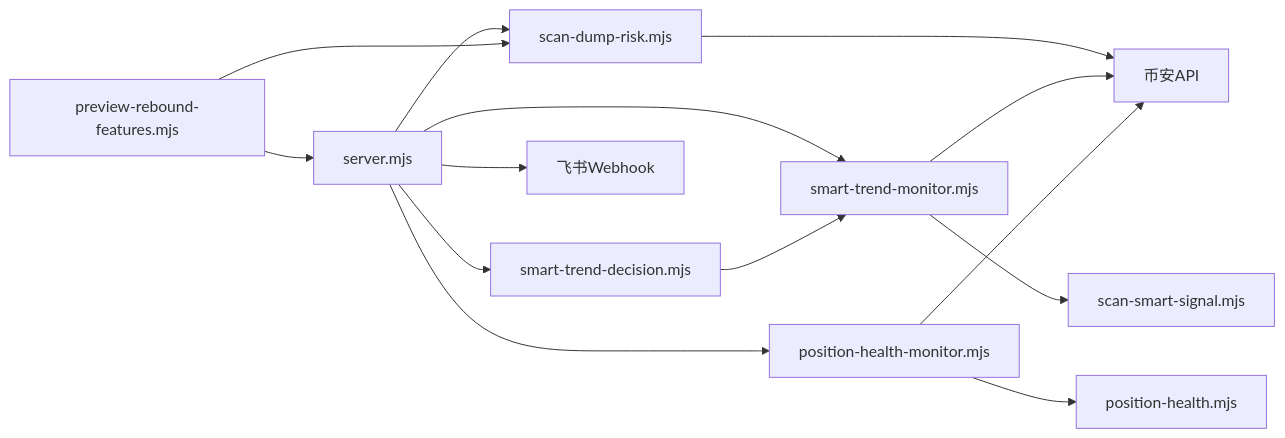
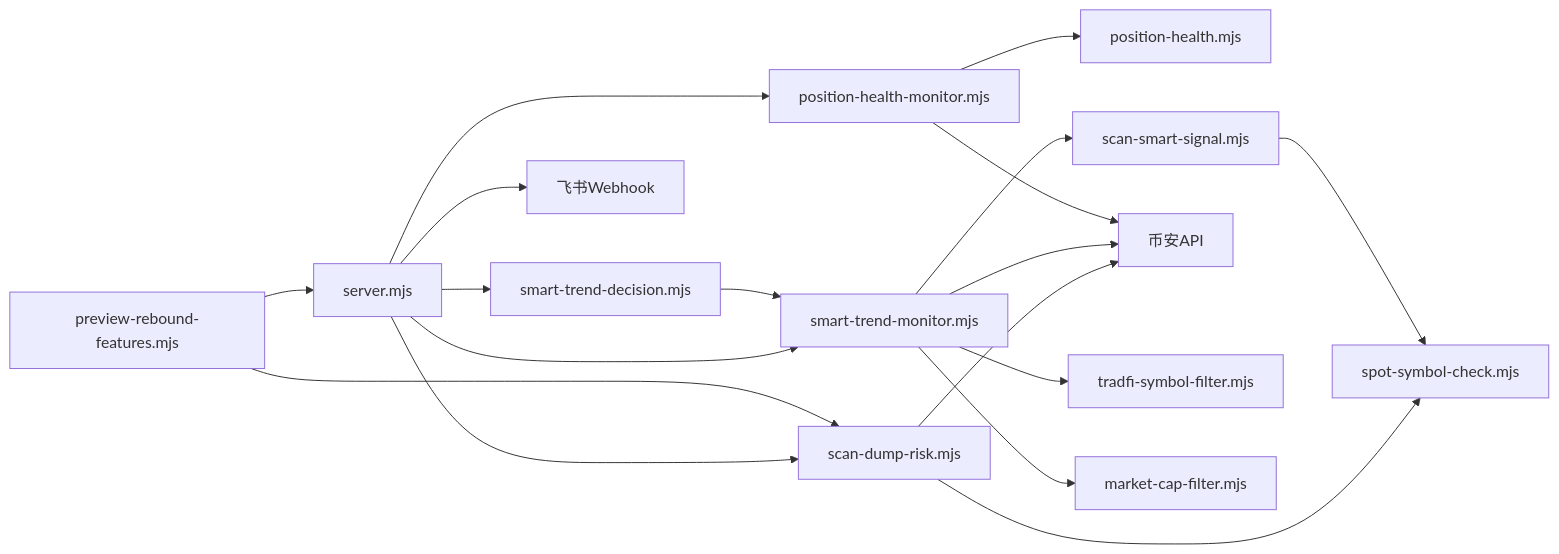
Before and after one commit to kekexilinan/BinaceSmart: the tenth of 10 diagrams in .qoder/repowiki/zh/content/核心功能模块/暴跌风险预警.md, drawn with Mermaid. The commit also changed other lines of this file and 63 other files, not shown here.

````diff
--- a/.qoder/repowiki/zh/content/核心功能模块/暴跌风险预警.md
+++ b/.qoder/repowiki/zh/content/核心功能模块/暴跌风险预警.md
@@ -409,16 +521,20 @@
 ```mermaid
 graph LR
 S["server.mjs"] --> DR["scan-dump-risk.mjs"]
 S --> ST["smart-trend-monitor.mjs"]
 S --> DEC["smart-trend-decision.mjs"]
 S --> PHM["position-health-monitor.mjs"]
 PHM --> PH["position-health.mjs"]
 ST --> SS["scan-smart-signal.mjs"]
 DR --> B["币安API"]
 ST --> B
 PHM --> B
 DEC --> ST
 S --> F["飞书Webhook"]
 PR["preview-rebound-features.mjs"] --> S
 PR --> DR
+DR --> SP["spot-symbol-check.mjs"]
+ST --> TF["tradfi-symbol-filter.mjs"]
+ST --> MC["market-cap-filter.mjs"]
+SS --> SP
 ```
````
